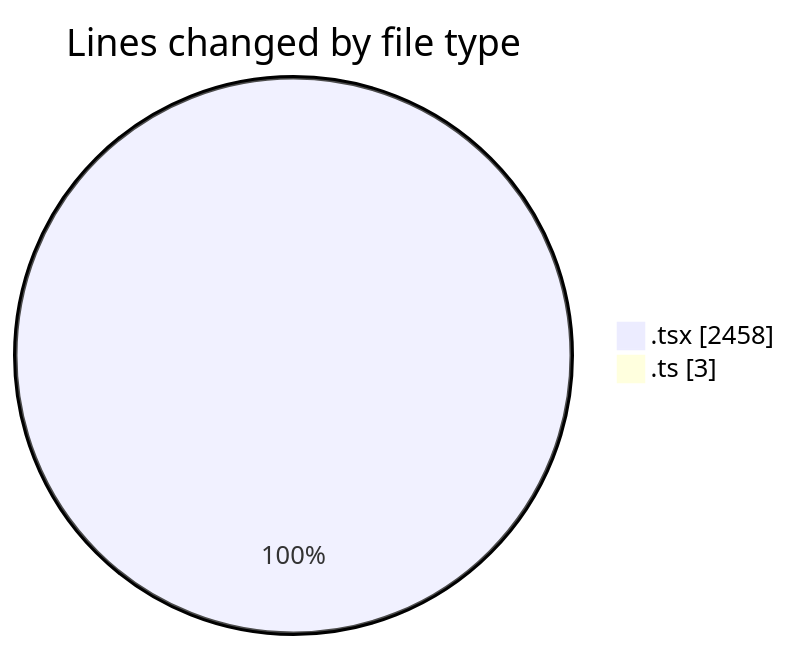
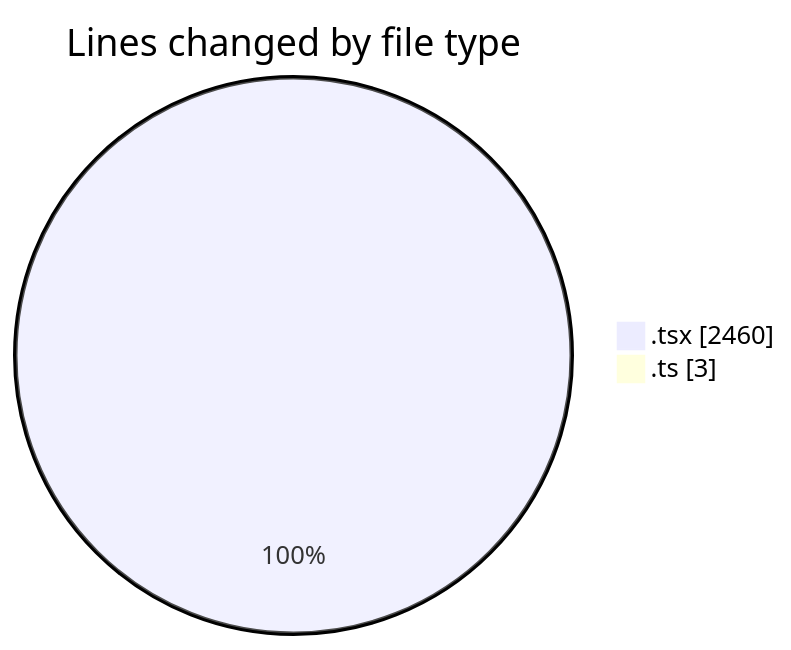
One commit to momahboobian/code-tracking changed the first of 2 diagrams in 2025-02-12/cda/README.md. Above: the diagram before and after it, drawn with Mermaid. The commit also changed other lines of this file and 1 other file, not shown here.

````diff
--- a/2025-02-12/cda/README.md
+++ b/2025-02-12/cda/README.md
@@ -23,6 +23,6 @@
 ```mermaid
 pie showData
 title Lines changed by file type
-".tsx" : 2458
+".tsx" : 2460
 ".ts" : 3
 ```
````
